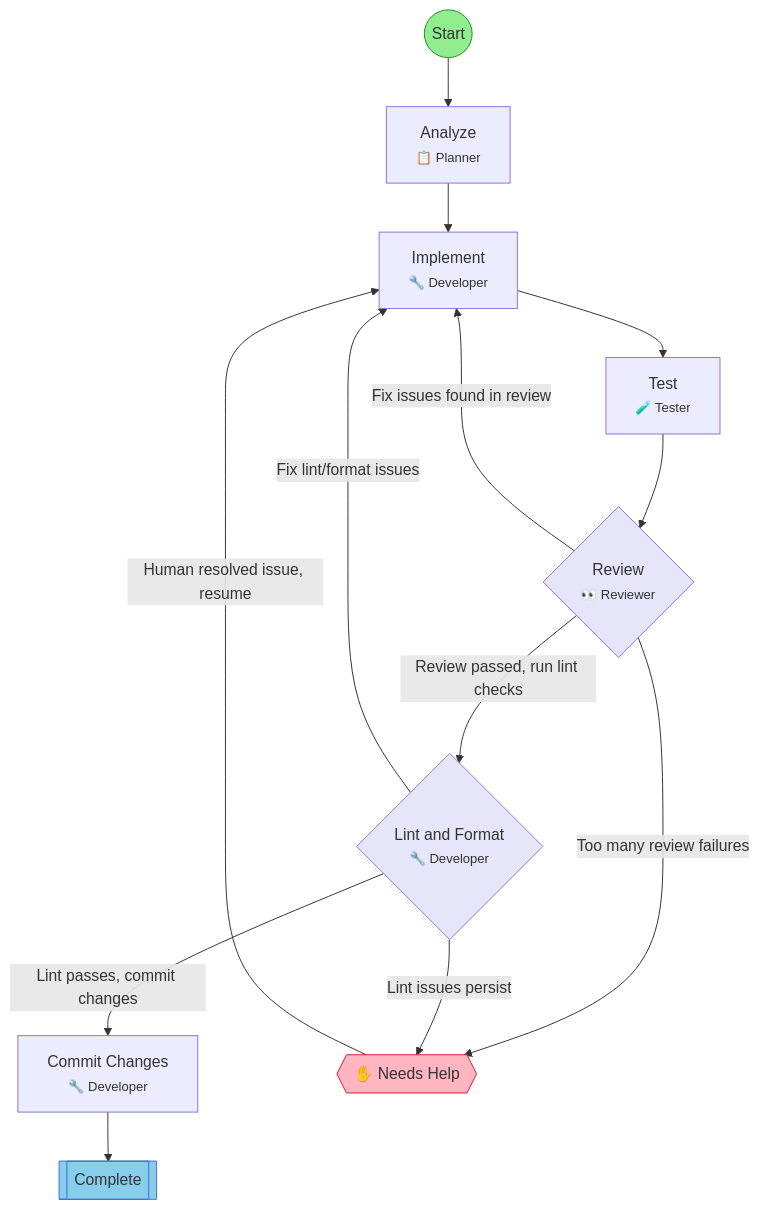
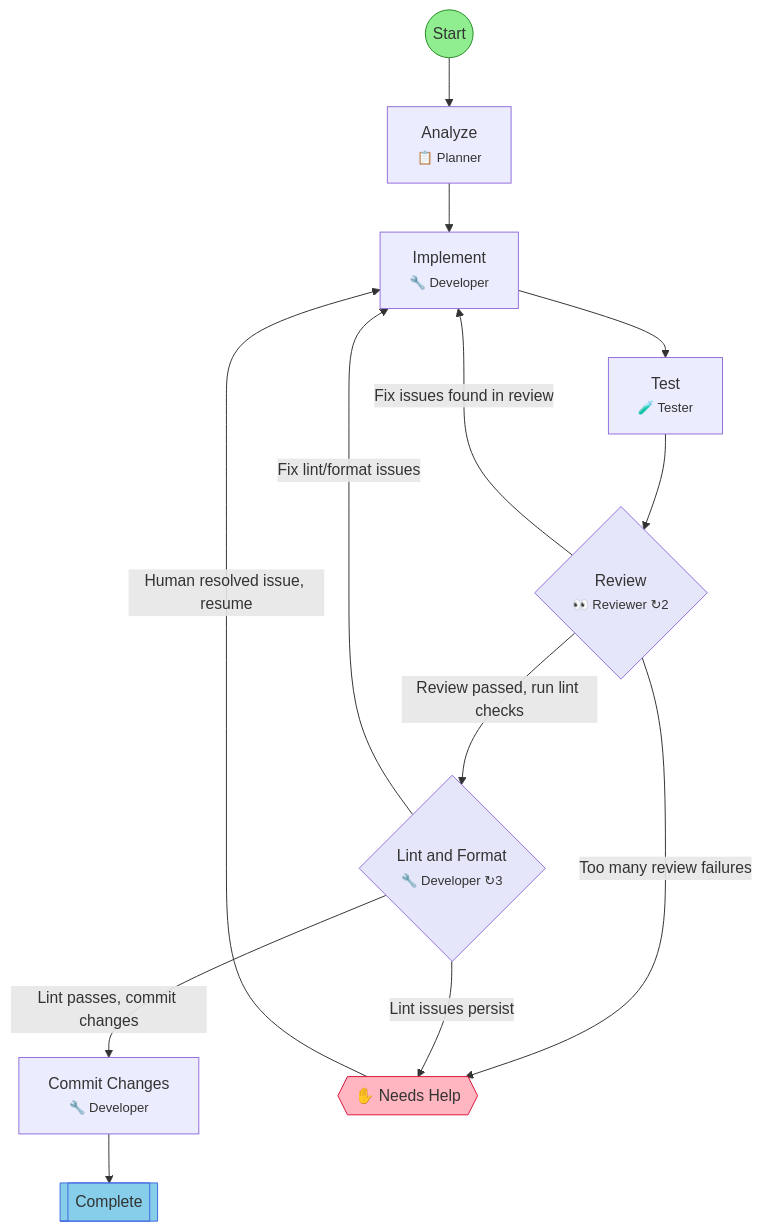
Before and after one commit to leclabs/agent-toolkit: the diagram in .flow/diagrams/agile-task.md, drawn with Mermaid. The commit also changed other lines of this file and 114 other files, not shown here.

````diff
--- a/.flow/diagrams/agile-task.md
+++ b/.flow/diagrams/agile-task.md
@@ -7,36 +7,36 @@
 ```mermaid
 flowchart TD
     start(("Start"))
     analyze["Analyze<br/><small>📋 Planner</small>"]
     implement["Implement<br/><small>🔧 Developer</small>"]
     test["Test<br/><small>🧪 Tester</small>"]
-    review{"Review<br/><small>👀 Reviewer</small>"}
-    lint_format{"Lint and Format<br/><small>🔧 Developer</small>"}
+    review{"Review<br/><small>👀 Reviewer ↻2</small>"}
+    lint_format{"Lint and Format<br/><small>🔧 Developer ↻3</small>"}
     commit["Commit Changes<br/><small>🔧 Developer</small>"]
     end_success[["Complete"]]
     hitl_failed{{"✋ Needs Help"}}
 
     start --> analyze
     analyze --> implement
     implement --> test
     test --> review
     review -->|Fix issues found in review| implement
     review -->|Too many review failures| hitl_failed
     review -->|Review passed, run lint checks| lint_format
     lint_format -->|Lint passes, commit changes| commit
     lint_format -->|Fix lint/format issues| implement
     lint_format -->|Lint issues persist| hitl_failed
     commit --> end_success
     hitl_failed -->|Human resolved issue, resume| implement
 
     classDef startStep fill:#90EE90,stroke:#228B22
     classDef successStep fill:#87CEEB,stroke:#4169E1
     classDef hitlStep fill:#FFB6C1,stroke:#DC143C
     classDef gateStep fill:#E6E6FA,stroke:#9370DB
     classDef forkJoinStep fill:#FFEAA7,stroke:#FDCB6E
     classDef currentStep fill:#FFD700,stroke:#FF8C00,stroke-width:3px
     class start startStep
     class end_success successStep
     class hitl_failed hitlStep
     class review,lint_format gateStep
 ```
````
